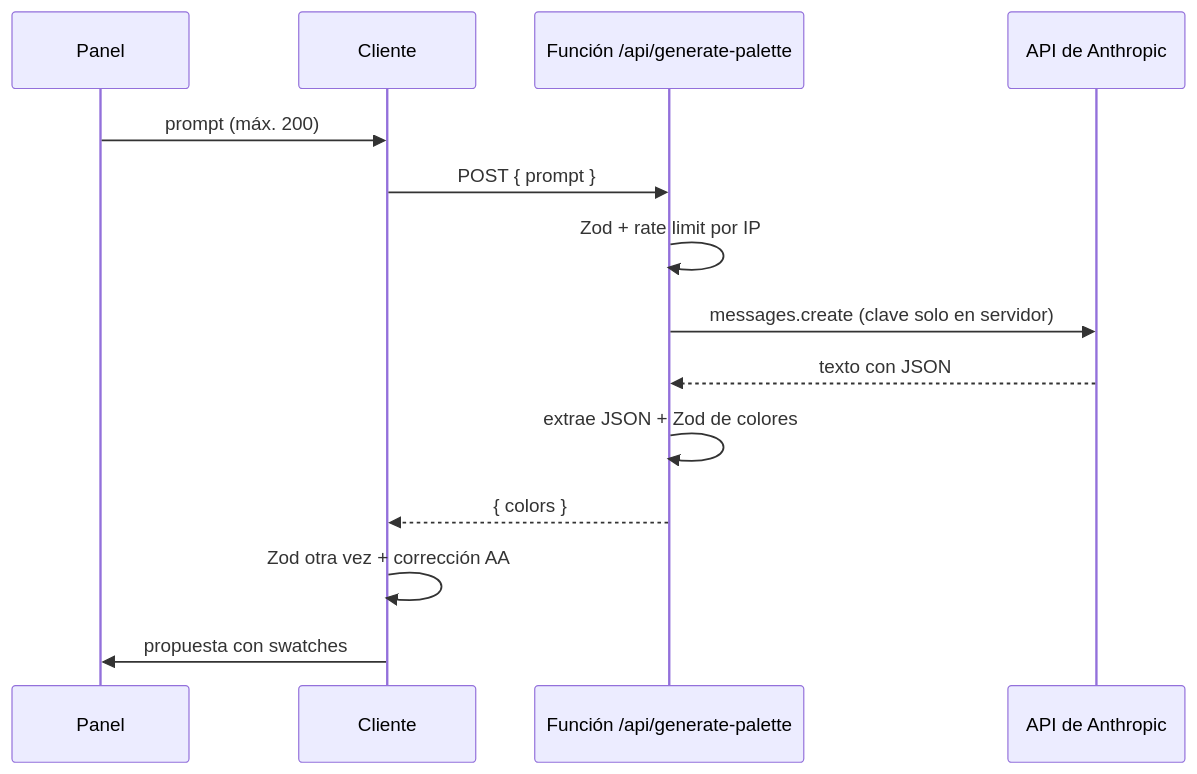
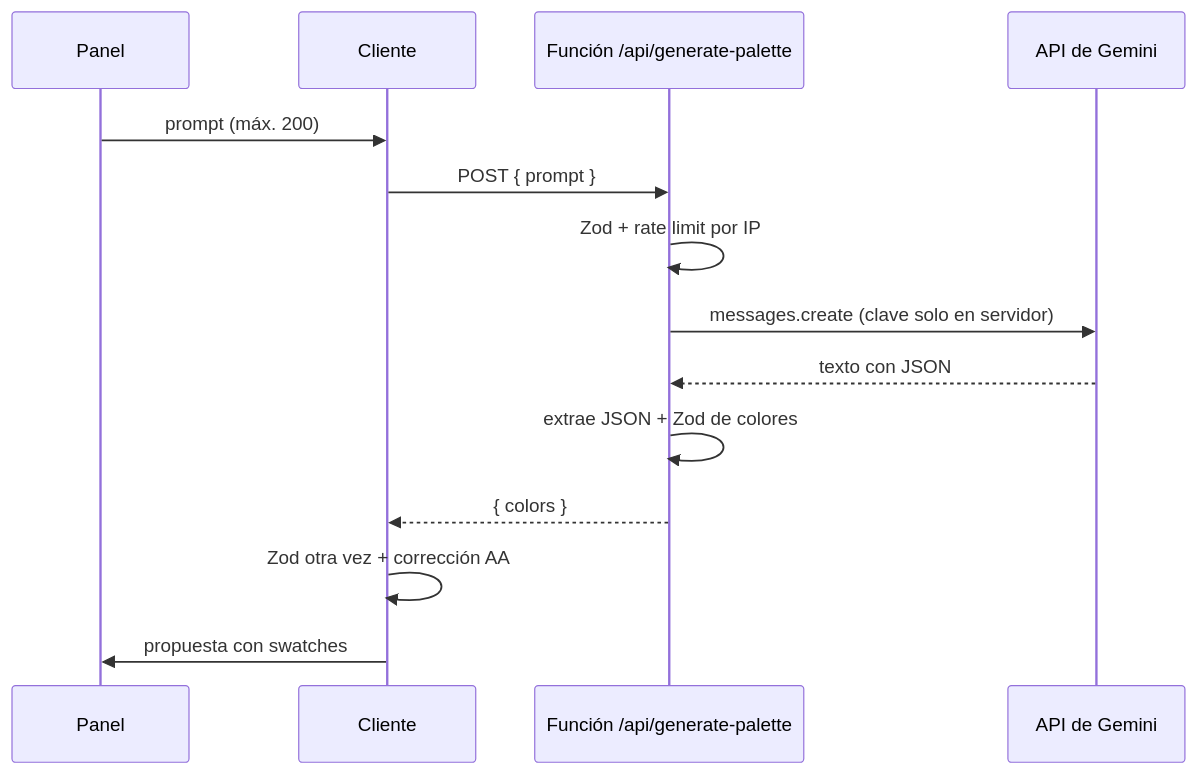
One commit to DanielCB096/theme-studio changed the third of 4 diagrams in docs/ARCHITECTURE.md. Above: the diagram before and after it, drawn with Mermaid. The commit also changed other lines of this file and 11 other files, not shown here.

````diff
--- a/docs/ARCHITECTURE.md
+++ b/docs/ARCHITECTURE.md
@@ -92,16 +92,16 @@
 ```mermaid
 sequenceDiagram
   participant U as Panel
   participant C as Cliente
   participant F as Función /api/generate-palette
-  participant A as API de Anthropic
+  participant A as API de Gemini
   U->>C: prompt (máx. 200)
   C->>F: POST { prompt }
   F->>F: Zod + rate limit por IP
   F->>A: messages.create (clave solo en servidor)
   A-->>F: texto con JSON
   F->>F: extrae JSON + Zod de colores
   F-->>C: { colors }
   C->>C: Zod otra vez + corrección AA
   C->>U: propuesta con swatches
 ```
````
